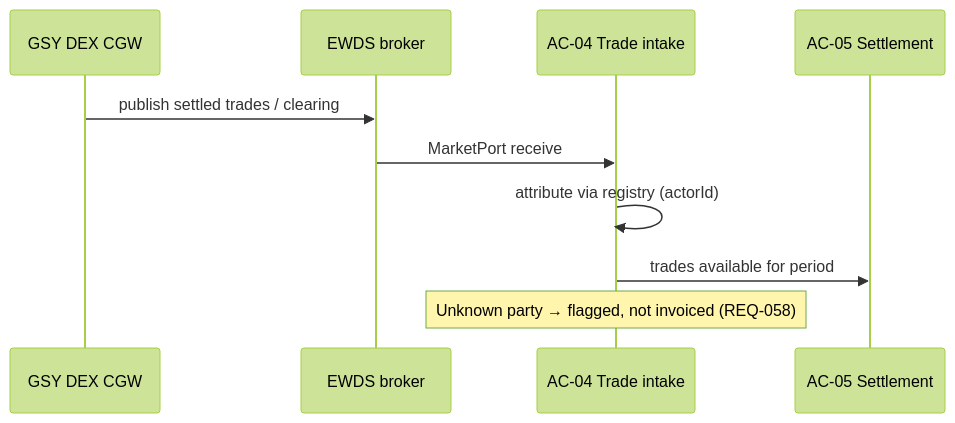
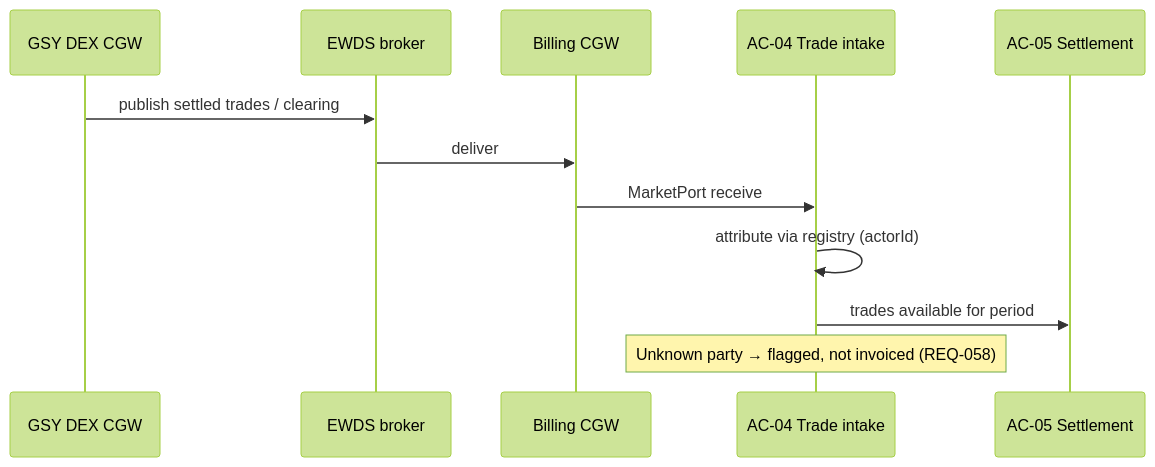
The sixth of 14 diagrams in docs/architecture/07-scenario-flows.md (blooo-io/intelligent-eu-bps-source), drawn with Mermaid (forest theme) before and after one commit. The commit also changed other lines of this file, not shown here.

First line of the commit message:
docs(INT-450): show Billing CGW on every EWDS scenario flow (#224)

````diff
--- a/docs/architecture/07-scenario-flows.md
+++ b/docs/architecture/07-scenario-flows.md
@@ -150,12 +166,14 @@
 ```mermaid
 sequenceDiagram
   participant GSY as GSY DEX CGW
   participant EWDS as EWDS broker
+  participant CGW as Billing CGW
   participant AC04 as AC-04 Trade intake
   participant AC05 as AC-05 Settlement
   GSY->>EWDS: publish settled trades / clearing
-  EWDS->>AC04: MarketPort receive
+  EWDS->>CGW: deliver
+  CGW->>AC04: MarketPort receive
   AC04->>AC04: attribute via registry (actorId)
   AC04->>AC05: trades available for period
   Note over AC04: Unknown party → flagged, not invoiced (REQ-058)
 ```
````
